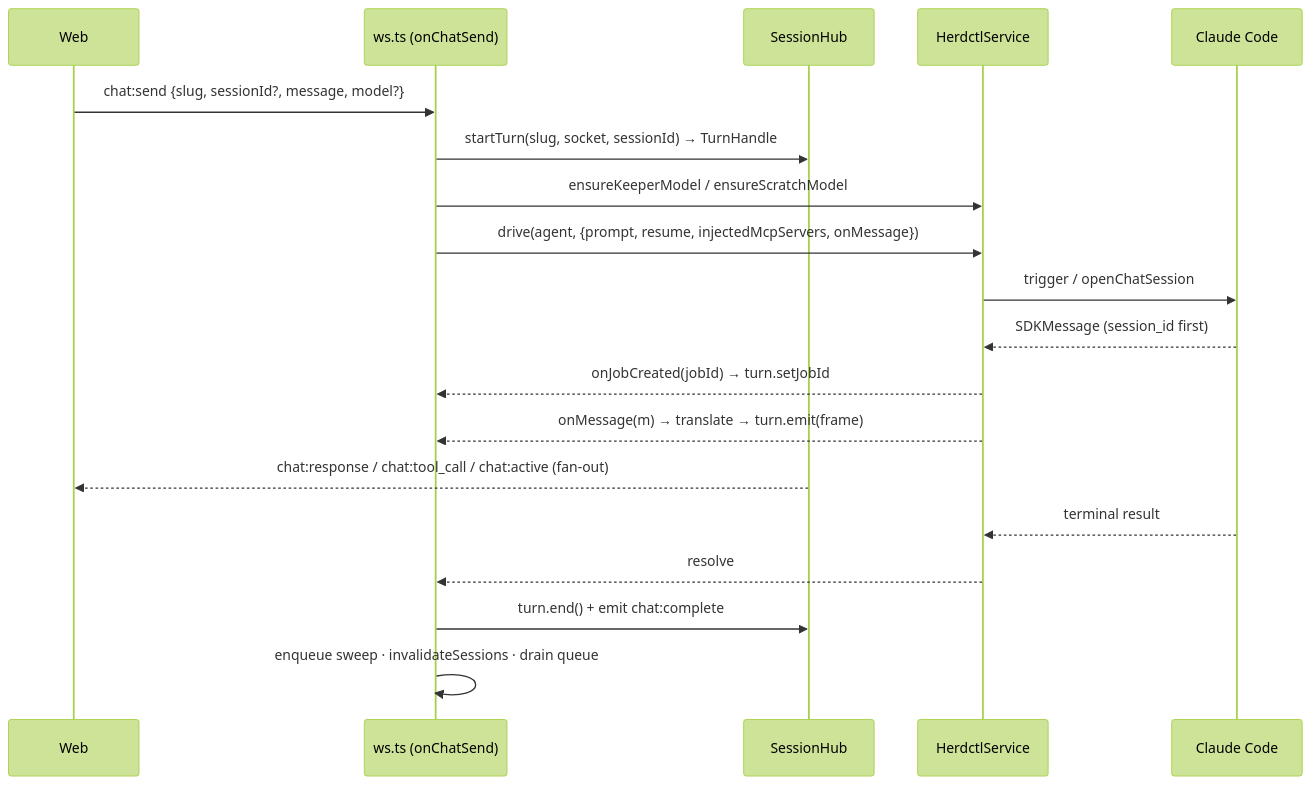
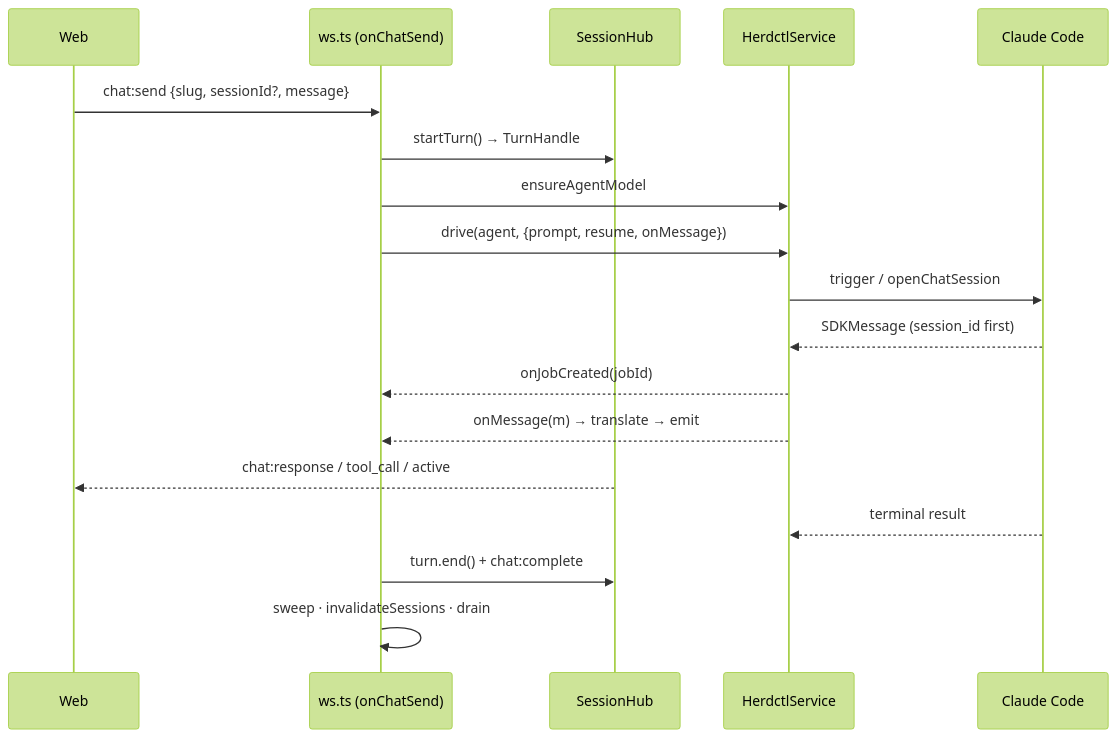
The third of 3 diagrams in website/src/content/docs/architecture/overview.md (edspencer/paddock), drawn with Mermaid (forest theme) before and after one commit. The commit also changed other lines of this file and 5 other files, not shown here.

First line of the commit message:
fix(website): stop Mermaid diagrams rendering at 3px

````diff
--- a/website/src/content/docs/architecture/overview.md
+++ b/website/src/content/docs/architecture/overview.md
@@ -310,22 +318,21 @@
 ```mermaid
 sequenceDiagram
   participant Web
   participant WS as ws.ts (onChatSend)
   participant Hub as SessionHub
   participant Herd as HerdctlService
   participant Claude as Claude Code
 
-  Web->>WS: chat:send {slug, sessionId?, message, model?}
-  WS->>Hub: startTurn(slug, socket, sessionId) → TurnHandle
-  WS->>Herd: ensureKeeperModel / ensureScratchModel
-  WS->>Herd: drive(agent, {prompt, resume, injectedMcpServers, onMessage})
+  Web->>WS: chat:send {slug, sessionId?, message}
+  WS->>Hub: startTurn() → TurnHandle
+  WS->>Herd: ensureAgentModel
+  WS->>Herd: drive(agent, {prompt, resume, onMessage})
   Herd->>Claude: trigger / openChatSession
   Claude-->>Herd: SDKMessage (session_id first)
-  Herd-->>WS: onJobCreated(jobId) → turn.setJobId
-  Herd-->>WS: onMessage(m) → translate → turn.emit(frame)
-  Hub-->>Web: chat:response / chat:tool_call / chat:active (fan-out)
+  Herd-->>WS: onJobCreated(jobId)
+  Herd-->>WS: onMessage(m) → translate → emit
+  Hub-->>Web: chat:response / tool_call / active
   Claude-->>Herd: terminal result
-  Herd-->>WS: resolve
-  WS->>Hub: turn.end() + emit chat:complete
-  WS->>WS: enqueue sweep · invalidateSessions · drain queue
+  WS->>Hub: turn.end() + chat:complete
+  WS->>WS: sweep · invalidateSessions · drain
 ```
````
